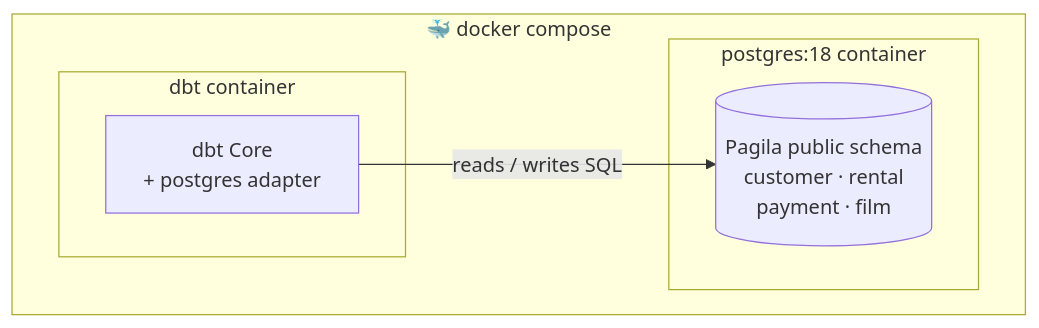
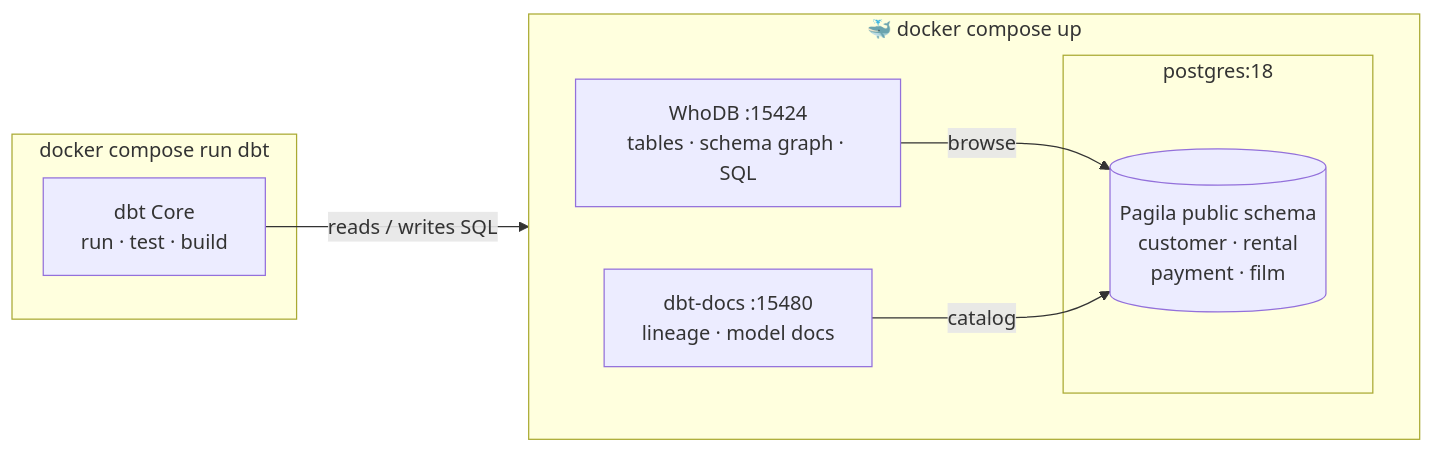
One commit to adnlab/dbt_pagilla changed the first of 2 diagrams in README.md. Above: the diagram before and after it, drawn with Mermaid. The commit also changed other lines of this file and 59 other files, not shown here.

Commit message:
Add WhoDB database UI container (interactive schema graph, pre-loaded Pagila profile); plus dbt-docs site, host port 15432, and a named compose network

````diff
--- a/README.md
+++ b/README.md
@@ -19,13 +19,17 @@
 ```mermaid
 flowchart LR
-    subgraph docker["🐳 docker compose"]
+    subgraph docker["🐳 docker compose up"]
         direction LR
-        subgraph pg["postgres:18 container"]
+        subgraph pg["postgres:18"]
             raw[("Pagila public schema<br/>customer · rental<br/>payment · film")]
         end
-        subgraph dbtc["dbt container"]
-            dbt["dbt Core<br/>+ postgres adapter"]
-        end
+        whodb["WhoDB :15424<br/>tables · schema graph · SQL"]
+        docs["dbt-docs :15480<br/>lineage · model docs"]
     end
+    subgraph ondemand["docker compose run dbt"]
+        dbt["dbt Core<br/>run · test · build"]
+    end
+    whodb -->|browse| raw
+    docs -->|catalog| raw
     dbt -->|reads / writes SQL| raw
 ```
````
